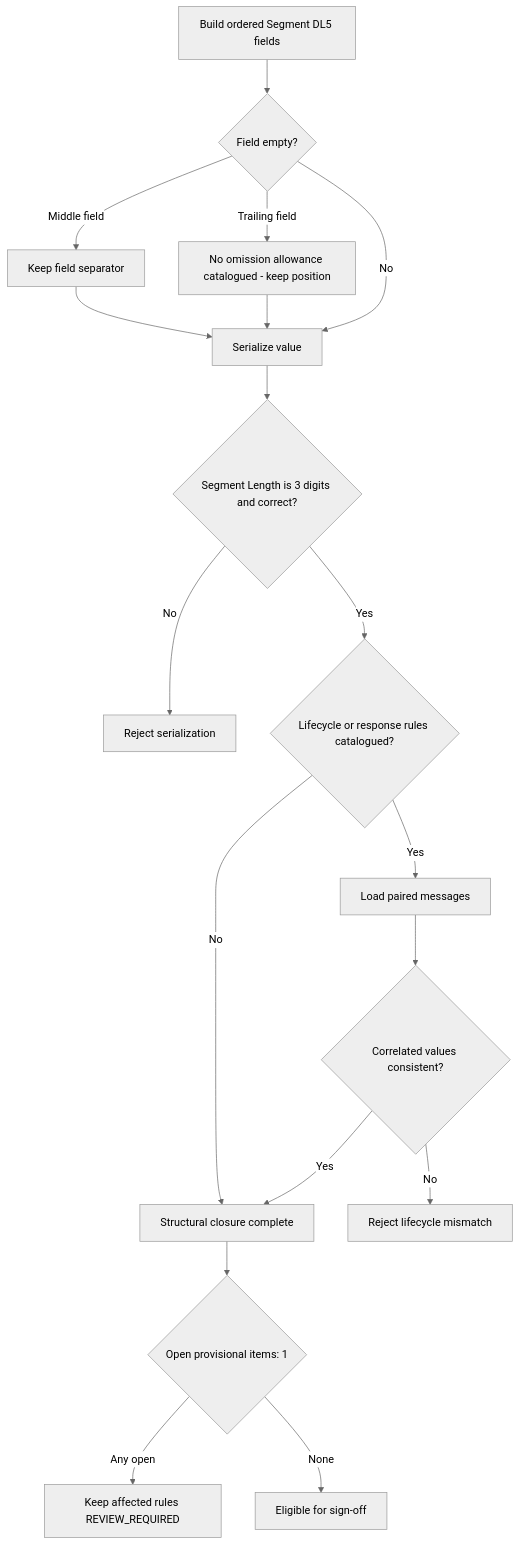
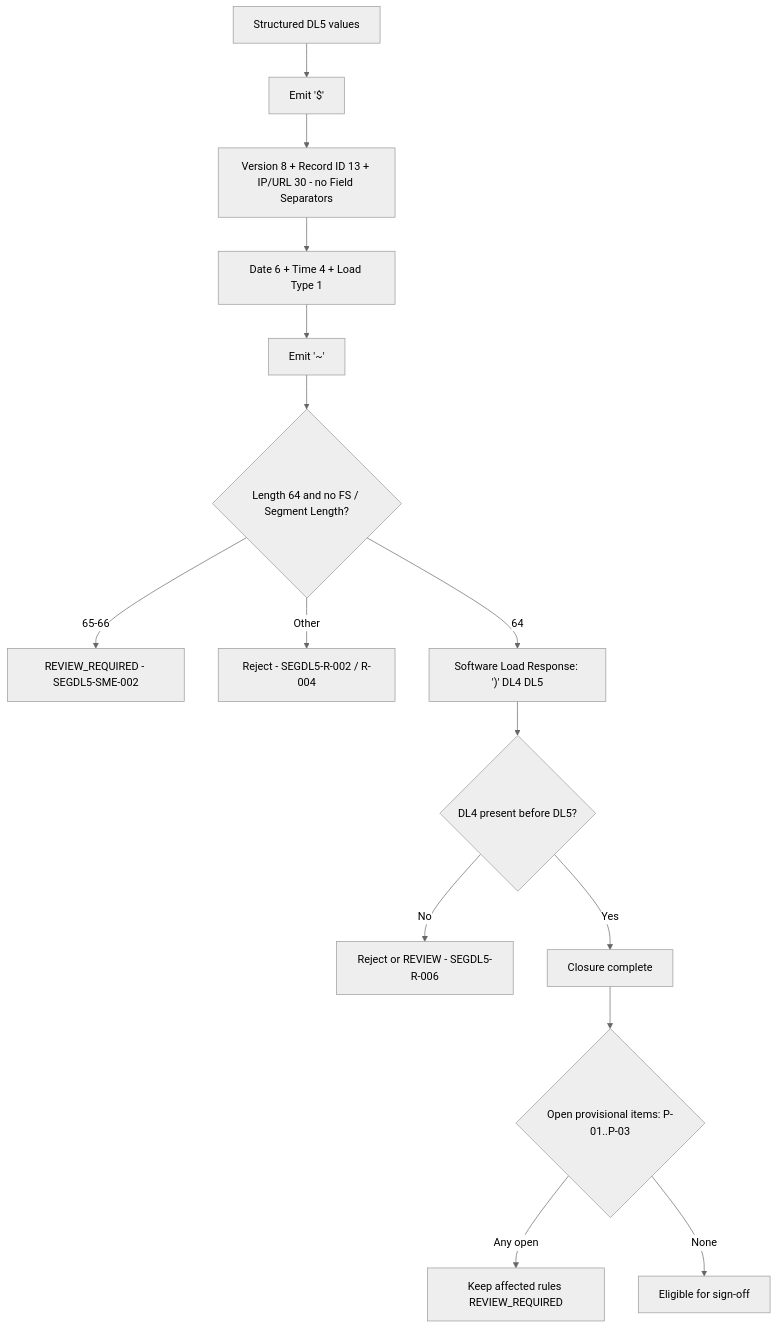
The diagram in regression-artifact-validator/specifications/ATL105/docs/specs/kb/segment-DL5/final-closure-flow.md (DhanSingh-hub/core-auth-ai-validation-framework), drawn with Mermaid (neutral theme) before and after one commit. The commit also changed other lines of this file and 28 other files, not shown here.

First line of the commit message:
docs(segment-DL5): retrain KB module against Segment 100, 11.7.4 Software Load and 10.10 software update processing

````diff
--- a/regression-artifact-validator/specifications/ATL105/docs/specs/kb/segment-DL5/final-closure-flow.md
+++ b/regression-artifact-validator/specifications/ATL105/docs/specs/kb/segment-DL5/final-closure-flow.md
@@ -3,21 +3,17 @@
 ```mermaid
 flowchart TD
-    A[Build ordered Segment DL5 fields] --> B{Field empty?}
-    B -->|Middle field| C[Keep field separator]
-    B -->|Trailing field| D[No omission allowance catalogued - keep position]
-    C --> F
-    D --> F
-    B -->|No| F[Serialize value]
-    F --> G{Segment Length is 3 digits and correct?}
-    G -->|No| X1[Reject serialization]
-    G -->|Yes| I
-    I{Lifecycle or response rules catalogued?}
-    I -->|No| Z[Structural closure complete]
-    I -->|Yes| J[Load paired messages]
-    J --> K{Correlated values consistent?}
-    K -->|No| X2[Reject lifecycle mismatch]
-    K -->|Yes| Z
-    Z --> P{Open provisional items: 1}
+    A[Structured DL5 values] --> B["Emit '$'"]
+    B --> C[Version 8 + Record ID 13 + IP/URL 30 - no Field Separators]
+    C --> D[Date 6 + Time 4 + Load Type 1]
+    D --> E["Emit '~'"]
+    E --> F{Length 64 and no FS / Segment Length?}
+    F -->|65-66| R1[REVIEW_REQUIRED - SEGDL5-SME-002]
+    F -->|Other| X1[Reject - SEGDL5-R-002 / R-004]
+    F -->|64| G["Software Load Response: ')' DL4 DL5"]
+    G --> H{DL4 present before DL5?}
+    H -->|No| X2[Reject or REVIEW - SEGDL5-R-006]
+    H -->|Yes| Z[Closure complete]
+    Z --> P{Open provisional items: P-01..P-03}
     P -->|Any open| R[Keep affected rules REVIEW_REQUIRED]
     P -->|None| S[Eligible for sign-off]
 ```
````
